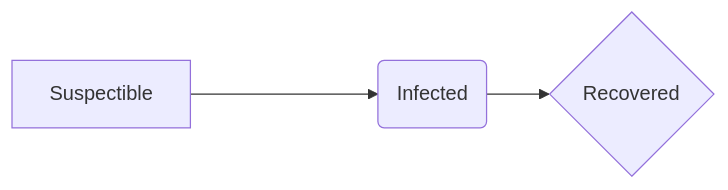
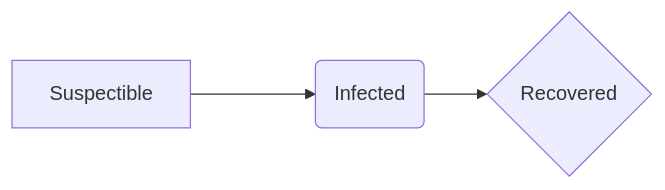
The diagram in Coursera: Computational Thinking UMich.md (vkoul/OnlineCourses), drawn with Mermaid before and after one commit. The commit also changed other lines of this file, not shown here.

````diff
--- a/Coursera: Computational Thinking UMich.md
+++ b/Coursera: Computational Thinking UMich.md
@@ -151,5 +151,5 @@
 ```mermaid
 graph LR
-Suspectible ----> Infected(Infected)
+Suspectible ---> Infected(Infected)
 Infected --> Recovered{Recovered}
 ```
````
